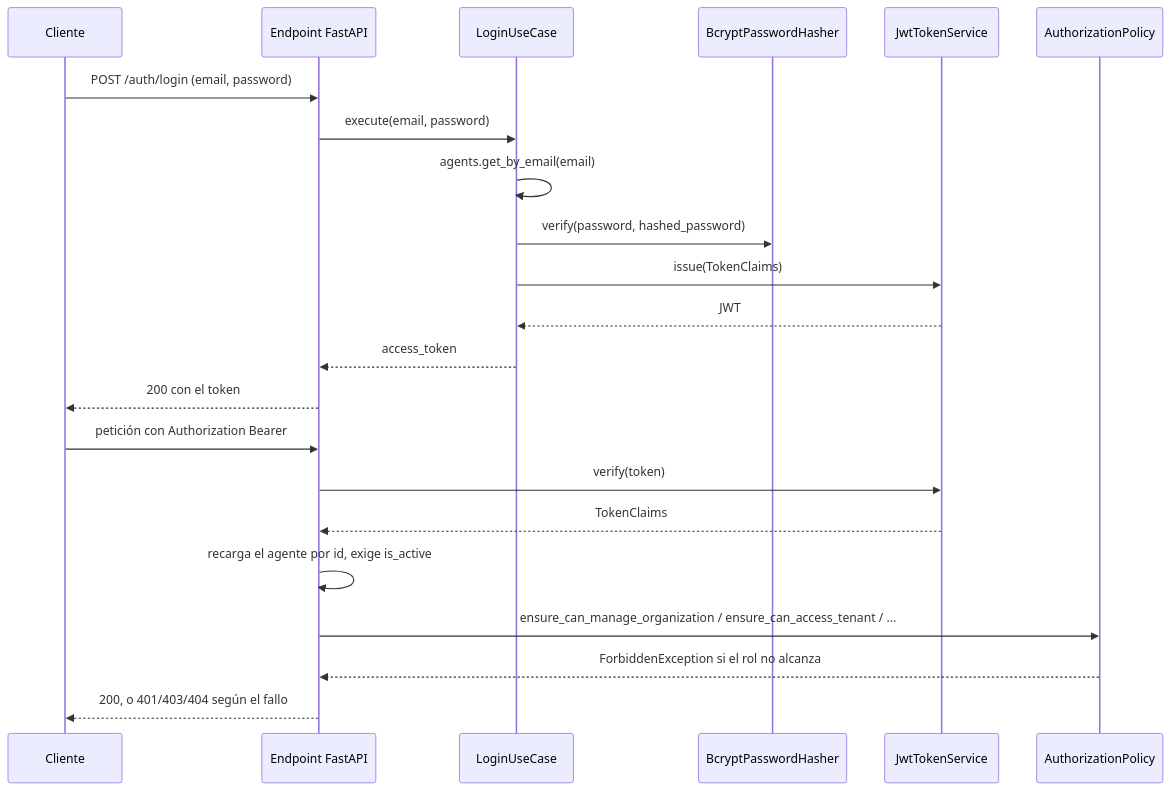
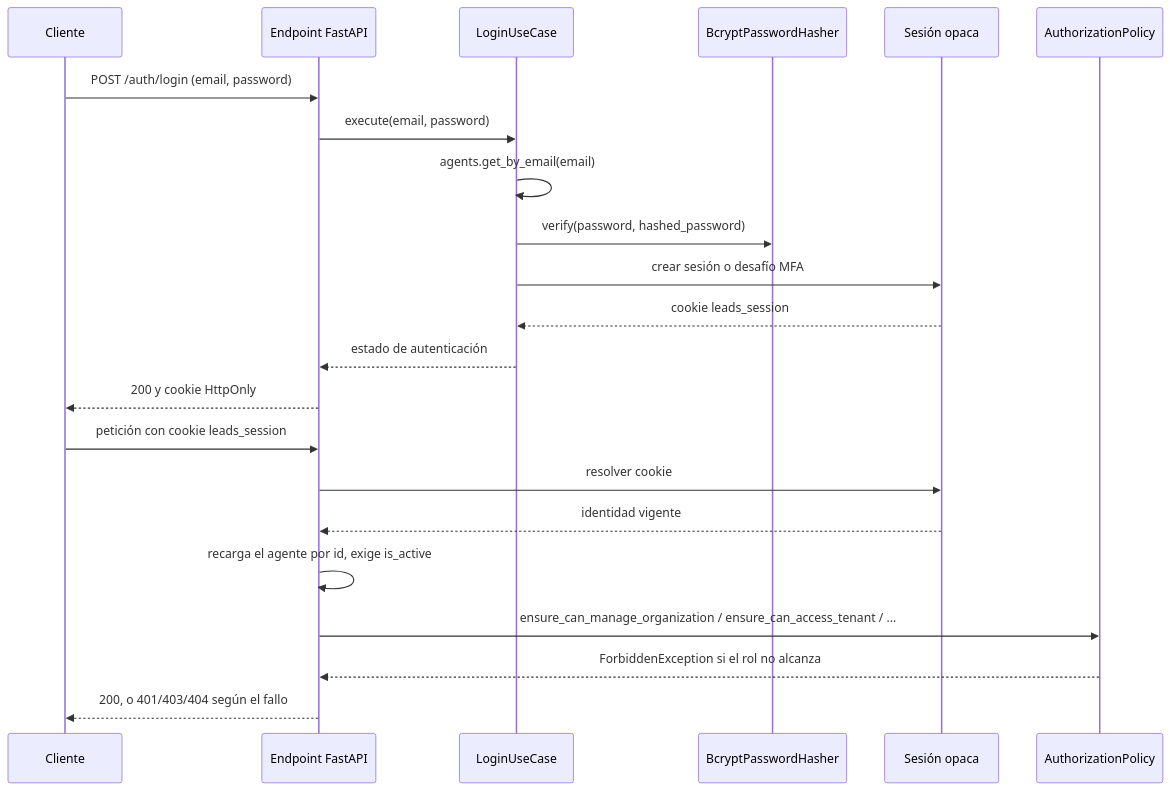
The diagram in docs/content/modulos/identidad-y-acceso.md (MDCIrony/leads-hexa), drawn with Mermaid before and after one commit. The commit also changed other lines of this file and 63 other files, not shown here.

````diff
--- a/docs/content/modulos/identidad-y-acceso.md
+++ b/docs/content/modulos/identidad-y-acceso.md
@@ -29,26 +29,26 @@
 ```mermaid
 sequenceDiagram
     participant C as Cliente
     participant API as Endpoint FastAPI
     participant L as LoginUseCase
     participant H as BcryptPasswordHasher
-    participant T as JwtTokenService
+    participant T as Sesión opaca
     participant P as AuthorizationPolicy
 
     C->>API: POST /auth/login (email, password)
     API->>L: execute(email, password)
     L->>L: agents.get_by_email(email)
     L->>H: verify(password, hashed_password)
-    L->>T: issue(TokenClaims)
-    T-->>L: JWT
-    L-->>API: access_token
-    API-->>C: 200 con el token
+    L->>T: crear sesión o desafío MFA
+    T-->>L: cookie leads_session
+    L-->>API: estado de autenticación
+    API-->>C: 200 y cookie HttpOnly
 
-    C->>API: petición con Authorization Bearer
-    API->>T: verify(token)
-    T-->>API: TokenClaims
+    C->>API: petición con cookie leads_session
+    API->>T: resolver cookie
+    T-->>API: identidad vigente
     API->>API: recarga el agente por id, exige is_active
     API->>P: ensure_can_manage_organization / ensure_can_access_tenant / ...
     P-->>API: ForbiddenException si el rol no alcanza
     API-->>C: 200, o 401/403/404 según el fallo
 ```
````
